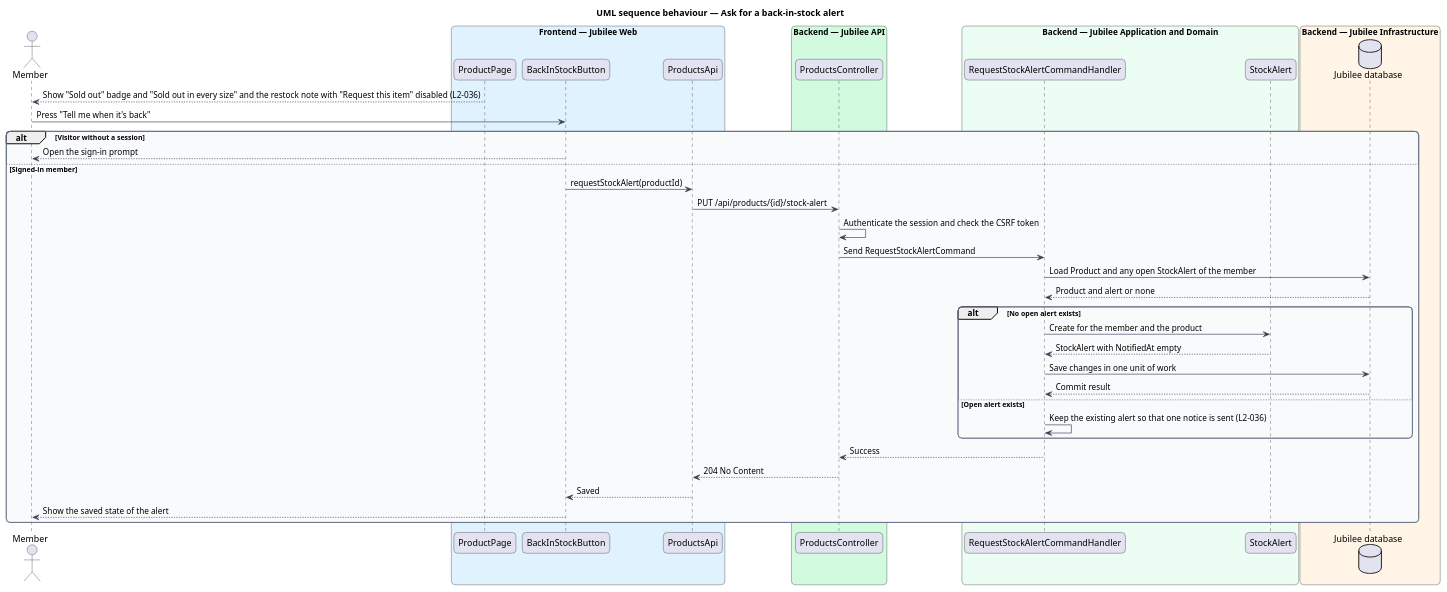
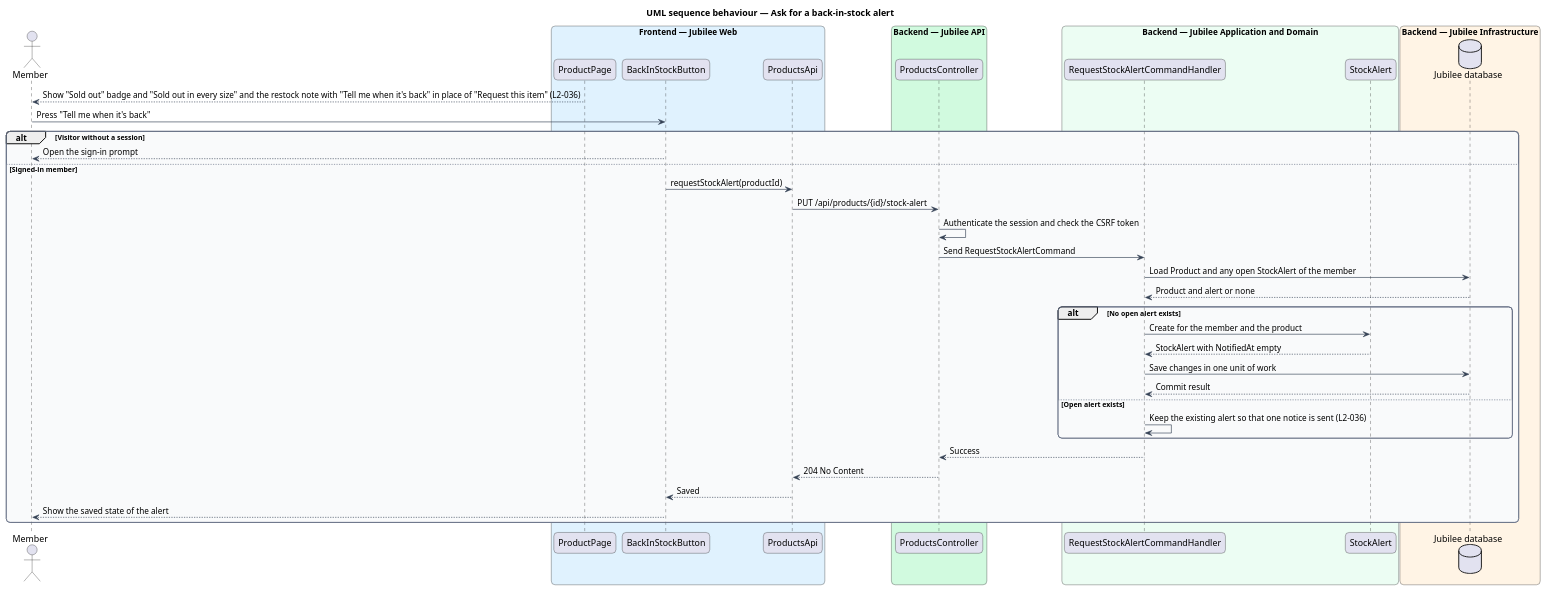
One commit to QuinntyneBrown/jubilee changed the diagram in docs/detailed-designs/listings/view-product/diagrams/sequence-request-stock-alert.puml. Above: the diagram before and after it, drawn with PlantUML. The commit also changed 21 other files, not shown here.

```diff
--- a/docs/detailed-designs/listings/view-product/diagrams/sequence-request-stock-alert.puml
+++ b/docs/detailed-designs/listings/view-product/diagrams/sequence-request-stock-alert.puml
@@ -1,57 +1,57 @@
 @startuml
 title UML sequence behaviour — Ask for a back-in-stock alert
 skinparam backgroundColor #FFFFFF
 skinparam shadowing false
 skinparam roundcorner 12
 skinparam defaultFontName Arial
 skinparam ArrowColor #344054
 skinparam rectangle {
   BorderColor #344054
   FontColor #101828
 }
 skinparam package {
   BorderColor #667085
   FontColor #101828
   BackgroundColor #F9FAFB
 }
 actor "Member" as actor
 box "Frontend — Jubilee Web" #E0F2FE
   participant "ProductPage" as page
   participant "BackInStockButton" as button
   participant "ProductsApi" as client
 end box
 box "Backend — Jubilee API" #D1FADF
   participant "ProductsController" as controller
 end box
 box "Backend — Jubilee Application and Domain" #ECFDF3
   participant "RequestStockAlertCommandHandler" as handler
   participant "StockAlert" as entity
 end box
 box "Backend — Jubilee Infrastructure" #FFF4E5
   database "Jubilee database" as db
 end box
-page --> actor : Show "Sold out" badge and "Sold out in every size" and the restock note with "Request this item" disabled (L2-036)
+page --> actor : Show "Sold out" badge and "Sold out in every size" and the restock note with "Tell me when it's back" in place of "Request this item" (L2-036)
 actor -> button : Press "Tell me when it's back"
 alt Visitor without a session
   button --> actor : Open the sign-in prompt
 else Signed-in member
   button -> client : requestStockAlert(productId)
   client -> controller : PUT /api/products/{id}/stock-alert
   controller -> controller : Authenticate the session and check the CSRF token
   controller -> handler : Send RequestStockAlertCommand
   handler -> db : Load Product and any open StockAlert of the member
   db --> handler : Product and alert or none
   alt No open alert exists
     handler -> entity : Create for the member and the product
     entity --> handler : StockAlert with NotifiedAt empty
     handler -> db : Save changes in one unit of work
     db --> handler : Commit result
   else Open alert exists
     handler -> handler : Keep the existing alert so that one notice is sent (L2-036)
   end
   handler --> controller : Success
   controller --> client : 204 No Content
   client --> button : Saved
   button --> actor : Show the saved state of the alert
 end
 @enduml
```
